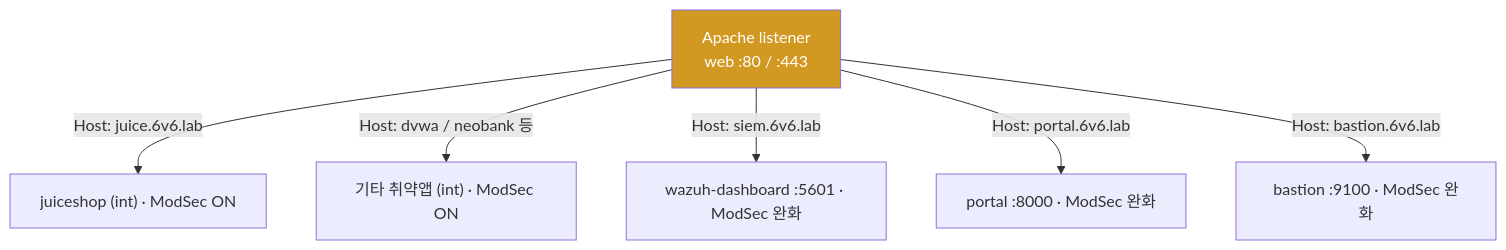
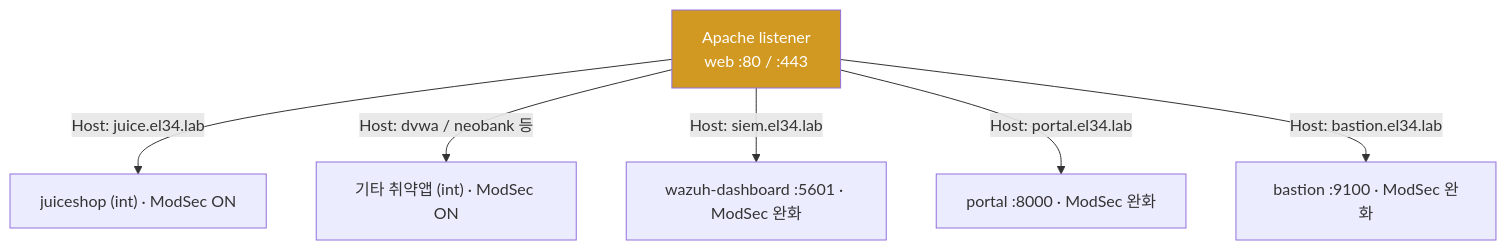
The sixth of 10 diagrams in contents/training/secuops/lecture_week01.md (mrgrit/tw2), drawn with Mermaid before and after one commit. The commit also changed other lines of this file and 109 other files, not shown here.

````diff
--- a/contents/training/secuops/lecture_week01.md
+++ b/contents/training/secuops/lecture_week01.md
@@ -672,10 +672,10 @@
 ```mermaid
 graph TB
     IN["Apache listener<br/>web :80 / :443"]
-    IN -->|"Host: juice.6v6.lab"| W1["juiceshop (int) · ModSec ON"]
+    IN -->|"Host: juice.el34.lab"| W1["juiceshop (int) · ModSec ON"]
     IN -->|"Host: dvwa / neobank 등"| W2["기타 취약앱 (int) · ModSec ON"]
-    IN -->|"Host: siem.6v6.lab"| OPS1["wazuh-dashboard :5601 · ModSec 완화"]
-    IN -->|"Host: portal.6v6.lab"| OPS2["portal :8000 · ModSec 완화"]
-    IN -->|"Host: bastion.6v6.lab"| OPS3["bastion :9100 · ModSec 완화"]
+    IN -->|"Host: siem.el34.lab"| OPS1["wazuh-dashboard :5601 · ModSec 완화"]
+    IN -->|"Host: portal.el34.lab"| OPS2["portal :8000 · ModSec 완화"]
+    IN -->|"Host: bastion.el34.lab"| OPS3["bastion :9100 · ModSec 완화"]
     style IN fill:#d29922,color:#fff
 ```
````
